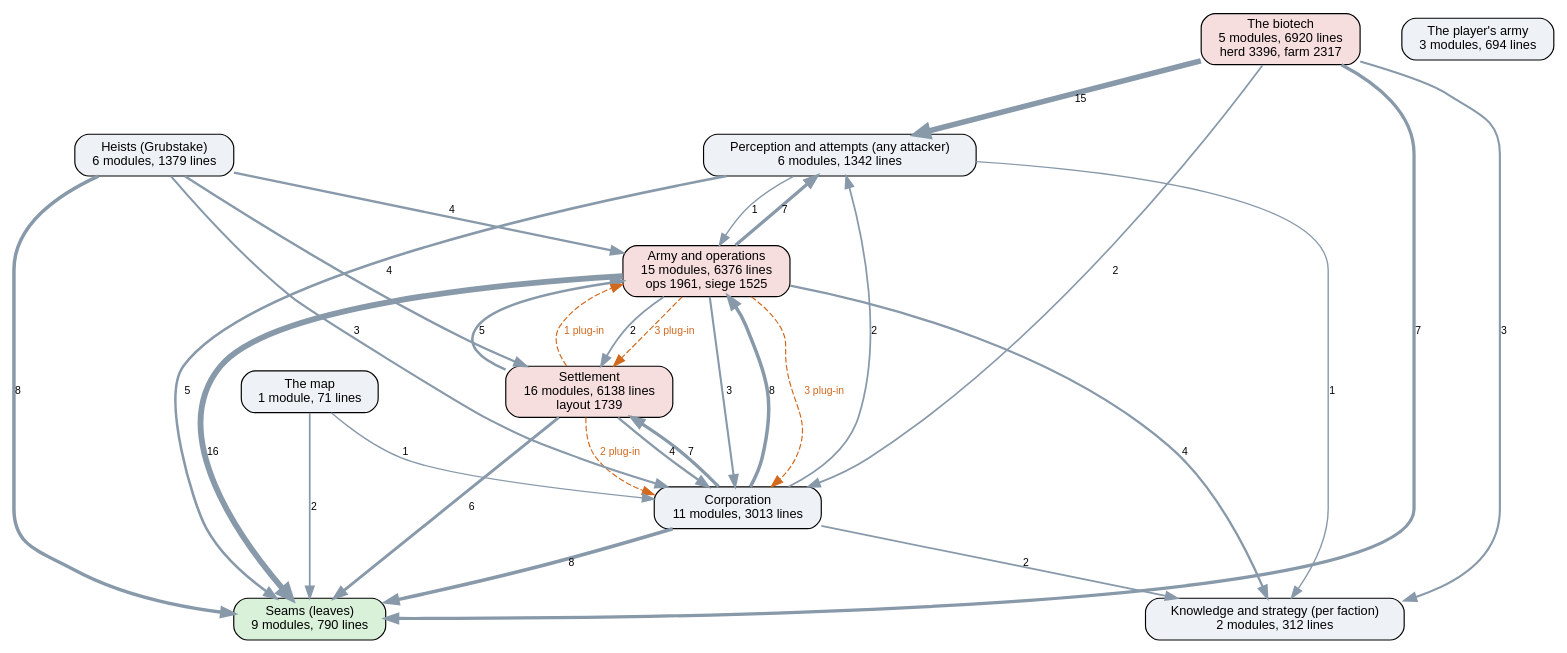
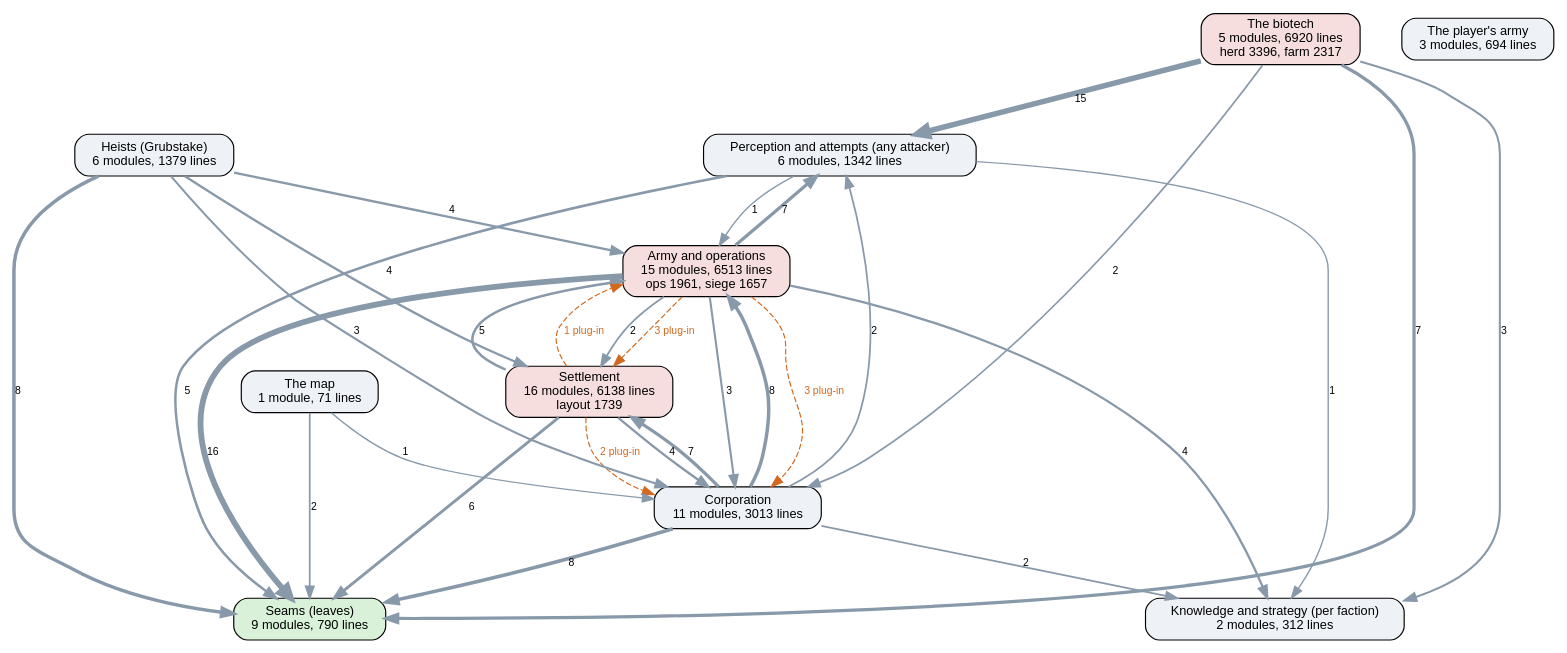
Before and after one commit to kinelhu/landing-party: the diagram in docs/ai-layers.dot, drawn with Graphviz. The commit also changed 11 other files, not shown here.

```diff
--- a/docs/ai-layers.dot
+++ b/docs/ai-layers.dot
@@ -1,45 +1,45 @@
 digraph layers {
   graph [rankdir=TB, fontname="Helvetica", nodesep=0.5, ranksep=0.7];
   node [shape=box, style="rounded,filled", fontname="Helvetica", fontsize=11, fillcolor="#eef2f7"];
   edge [color="#8899aa", fontname="Helvetica", fontsize=9];
   "Seams (leaves)" [label="Seams (leaves)\n9 modules, 790 lines", fillcolor="#d9f0d9"];
   "Perception and attempts (any attacker)" [label="Perception and attempts (any attacker)\n6 modules, 1342 lines", fillcolor="#eef2f7"];
   "Knowledge and strategy (per faction)" [label="Knowledge and strategy (per faction)\n2 modules, 312 lines", fillcolor="#eef2f7"];
   "Corporation" [label="Corporation\n11 modules, 3013 lines", fillcolor="#eef2f7"];
   "Settlement" [label="Settlement\n16 modules, 6138 lines\nlayout 1739", fillcolor="#f7dede"];
-  "Army and operations" [label="Army and operations\n15 modules, 6376 lines\nops 1961, siege 1525", fillcolor="#f7dede"];
+  "Army and operations" [label="Army and operations\n15 modules, 6513 lines\nops 1961, siege 1657", fillcolor="#f7dede"];
   "Heists (Grubstake)" [label="Heists (Grubstake)\n6 modules, 1379 lines", fillcolor="#eef2f7"];
   "The biotech" [label="The biotech\n5 modules, 6920 lines\nherd 3396, farm 2317", fillcolor="#f7dede"];
   "The map" [label="The map\n1 module, 71 lines", fillcolor="#eef2f7"];
   "The player's army" [label="The player's army\n3 modules, 694 lines", fillcolor="#eef2f7"];
   "Army and operations" -> "Corporation" [label="3", penwidth=1.8];
   "Army and operations" -> "Knowledge and strategy (per faction)" [label="4", penwidth=2.0];
   "Army and operations" -> "Perception and attempts (any attacker)" [label="7", penwidth=2.8];
   "Army and operations" -> "Seams (leaves)" [label="16", penwidth=5.0];
   "Army and operations" -> "Settlement" [label="2", penwidth=1.5];
   "Corporation" -> "Army and operations" [label="8", penwidth=3.0];
   "Corporation" -> "Knowledge and strategy (per faction)" [label="2", penwidth=1.5];
   "Corporation" -> "Perception and attempts (any attacker)" [label="2", penwidth=1.5];
   "Corporation" -> "Seams (leaves)" [label="8", penwidth=3.0];
   "Corporation" -> "Settlement" [label="7", penwidth=2.8];
   "Heists (Grubstake)" -> "Army and operations" [label="4", penwidth=2.0];
   "Heists (Grubstake)" -> "Corporation" [label="3", penwidth=1.8];
   "Heists (Grubstake)" -> "Seams (leaves)" [label="8", penwidth=3.0];
   "Heists (Grubstake)" -> "Settlement" [label="4", penwidth=2.0];
   "Perception and attempts (any attacker)" -> "Army and operations" [label="1", penwidth=1.2];
   "Perception and attempts (any attacker)" -> "Knowledge and strategy (per faction)" [label="1", penwidth=1.2];
   "Perception and attempts (any attacker)" -> "Seams (leaves)" [label="5", penwidth=2.2];
   "Settlement" -> "Army and operations" [label="5", penwidth=2.2];
   "Settlement" -> "Corporation" [label="4", penwidth=2.0];
   "Settlement" -> "Seams (leaves)" [label="6", penwidth=2.5];
   "The biotech" -> "Corporation" [label="2", penwidth=1.5];
   "The biotech" -> "Knowledge and strategy (per faction)" [label="3", penwidth=1.8];
   "The biotech" -> "Perception and attempts (any attacker)" [label="15", penwidth=4.8];
   "The biotech" -> "Seams (leaves)" [label="7", penwidth=2.8];
   "The map" -> "Corporation" [label="1", penwidth=1.2];
   "The map" -> "Seams (leaves)" [label="2", penwidth=1.5];
   "Army and operations" -> "Corporation" [style=dashed, color="#d2691e", fontcolor="#d2691e", label="3 plug-in"];
   "Army and operations" -> "Settlement" [style=dashed, color="#d2691e", fontcolor="#d2691e", label="3 plug-in"];
   "Settlement" -> "Army and operations" [style=dashed, color="#d2691e", fontcolor="#d2691e", label="1 plug-in"];
   "Settlement" -> "Corporation" [style=dashed, color="#d2691e", fontcolor="#d2691e", label="2 plug-in"];
 }
```
